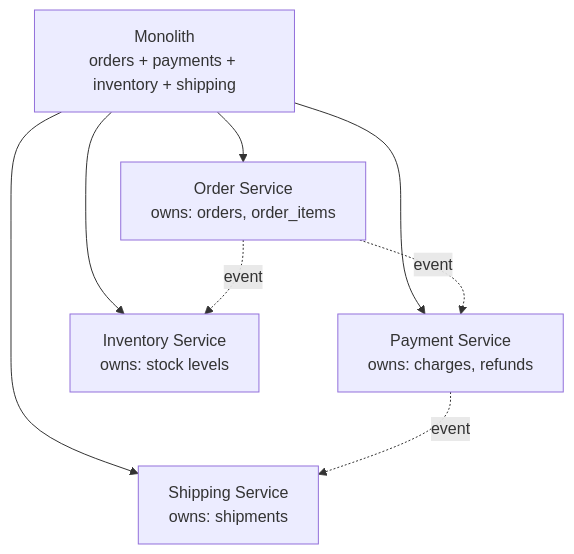
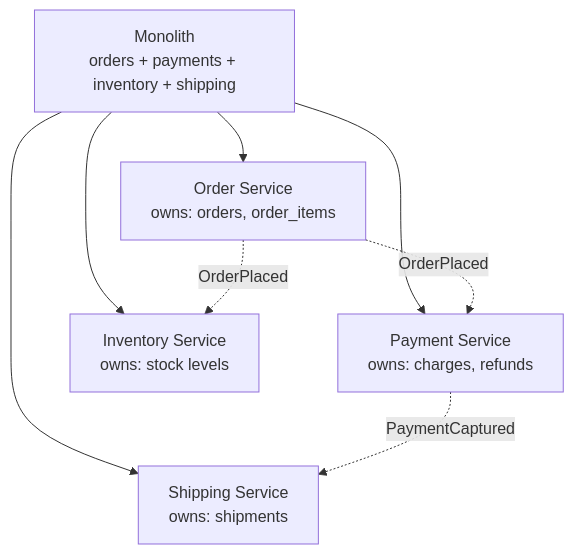
One commit to AndrewAltimit/Documentation changed the second of 10 diagrams in github-pages/docs/distributed-systems/microservices-and-event-driven.md. Above: the diagram before and after it, drawn with Mermaid. The commit also changed other lines of this file and 240 other files, not shown here.

````diff
--- a/github-pages/docs/distributed-systems/microservices-and-event-driven.md
+++ b/github-pages/docs/distributed-systems/microservices-and-event-driven.md
@@ -39,11 +58,11 @@
 ```mermaid
 flowchart TD
     Mono["Monolith<br/>orders + payments + inventory + shipping"]
     Mono --> O["Order Service<br/>owns: orders, order_items"]
     Mono --> P["Payment Service<br/>owns: charges, refunds"]
     Mono --> I["Inventory Service<br/>owns: stock levels"]
     Mono --> S["Shipping Service<br/>owns: shipments"]
-    O -. event .-> I
-    O -. event .-> P
-    P -. event .-> S
+    O -. "OrderPlaced" .-> I
+    O -. "OrderPlaced" .-> P
+    P -. "PaymentCaptured" .-> S
 ```
````
